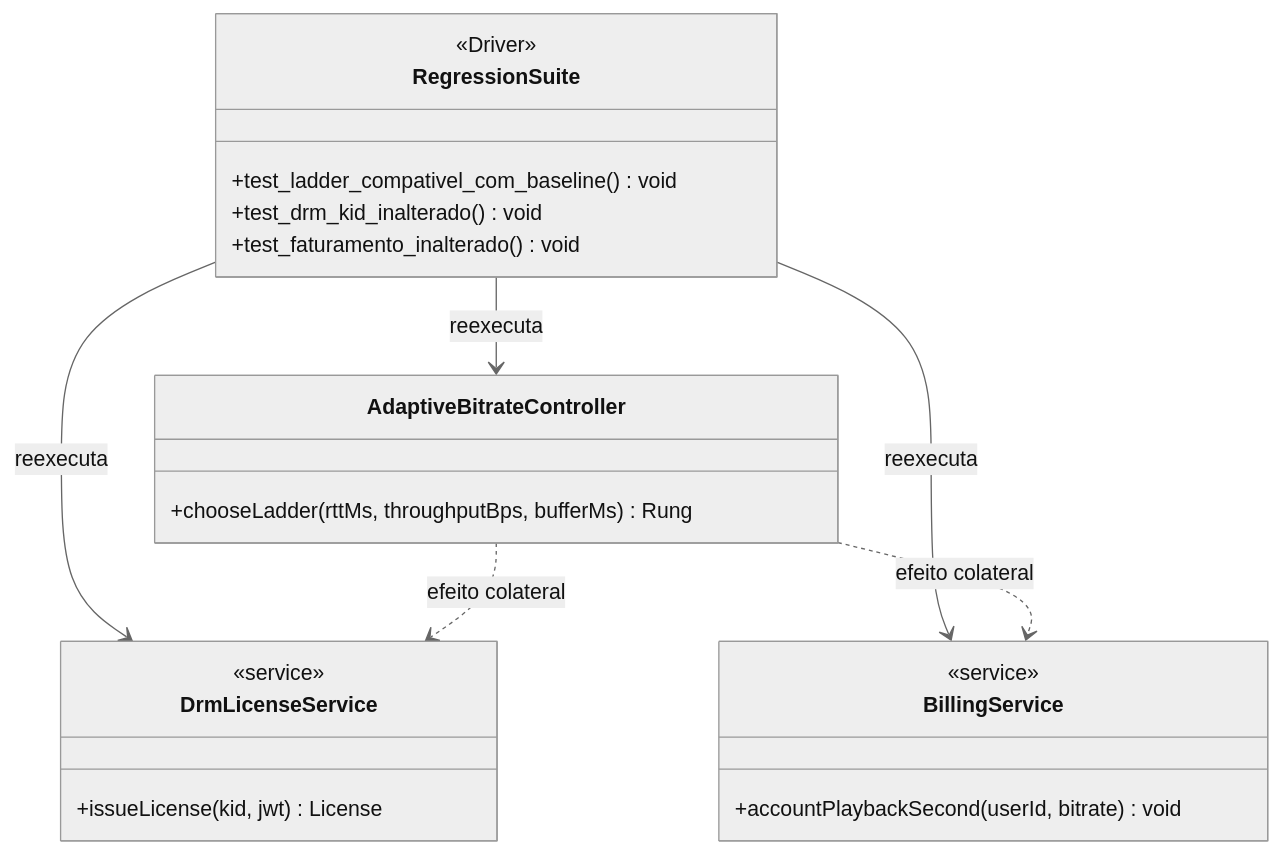
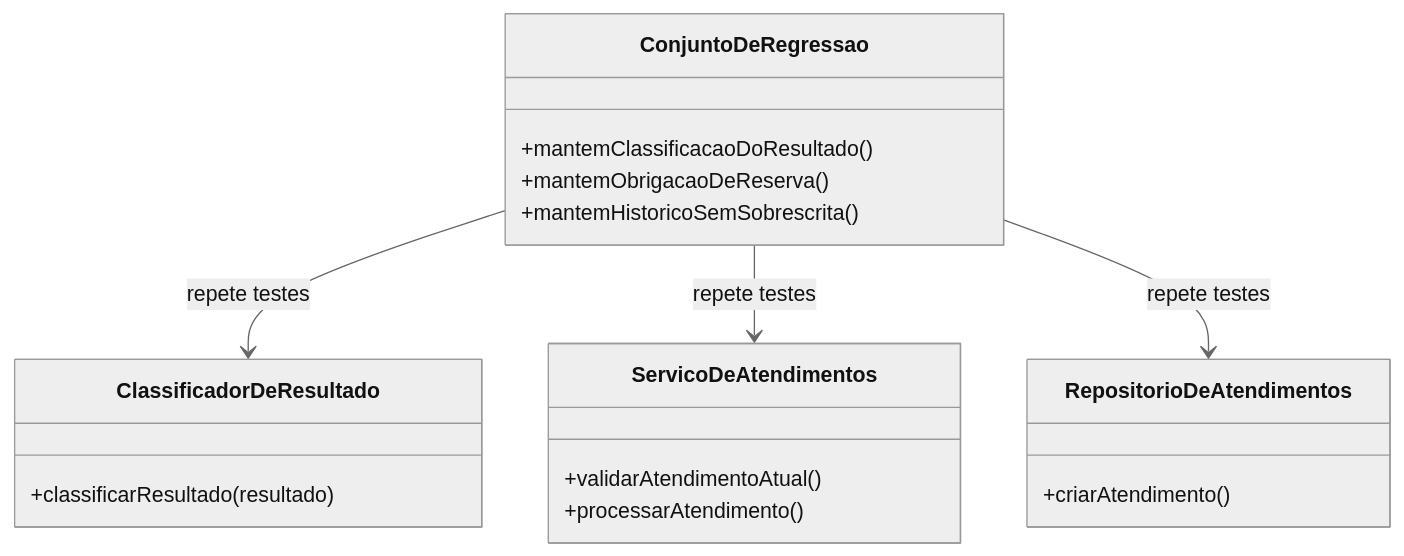
One commit to DiogoBAguiar/atividade-testes-software changed the diagram in diagramas/2.5-teste-regressao.mmd. Above: the diagram before and after it, drawn with Mermaid (neutral theme). The commit also changed 37 other files, not shown here.

```diff
--- a/diagramas/2.5-teste-regressao.mmd
+++ b/diagramas/2.5-teste-regressao.mmd
@@ -1,27 +1,20 @@
 classDiagram
-    class AdaptiveBitrateController {
-        +chooseLadder(rttMs, throughputBps, bufferMs) Rung
+    class ConjuntoDeRegressao {
+        +mantemClassificacaoDoResultado()
+        +mantemObrigacaoDeReserva()
+        +mantemHistoricoSemSobrescrita()
+    }
+    class ClassificadorDeResultado {
+        +classificarResultado(resultado)
+    }
+    class ServicoDeAtendimentos {
+        +validarAtendimentoAtual()
+        +processarAtendimento()
+    }
+    class RepositorioDeAtendimentos {
+        +criarAtendimento()
     }
 
-    class DrmLicenseService {
-        <<service>>
-        +issueLicense(kid, jwt) License
-    }
-
-    class BillingService {
-        <<service>>
-        +accountPlaybackSecond(userId, bitrate) void
-    }
-
-    class RegressionSuite {
-        <<Driver>>
-        +test_ladder_compativel_com_baseline() void
-        +test_drm_kid_inalterado() void
-        +test_faturamento_inalterado() void
-    }
-
-    RegressionSuite --> AdaptiveBitrateController : reexecuta
-    RegressionSuite --> DrmLicenseService : reexecuta
-    RegressionSuite --> BillingService : reexecuta
-    AdaptiveBitrateController ..> DrmLicenseService : efeito colateral
-    AdaptiveBitrateController ..> BillingService : efeito colateral
+    ConjuntoDeRegressao --> ClassificadorDeResultado : repete testes
+    ConjuntoDeRegressao --> ServicoDeAtendimentos : repete testes
+    ConjuntoDeRegressao --> RepositorioDeAtendimentos : repete testes
```
